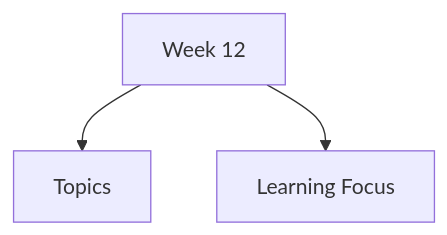
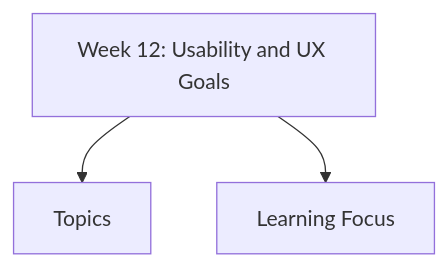
Before and after one commit to abdulahshoaib/ahci: the diagram in content/docs/week-12/_index.md, drawn with Mermaid. The commit also changed other lines of this file and 10 other files, not shown here.

````diff
--- a/content/docs/week-12/_index.md
+++ b/content/docs/week-12/_index.md
@@ -11,6 +12,6 @@
 ```mermaid
 flowchart TD
-    T["Week 12"]
+    T["Week 12: Usability and UX Goals"]
     T --> S1["Topics"]
     T --> S2["Learning Focus"]
 ```
````
